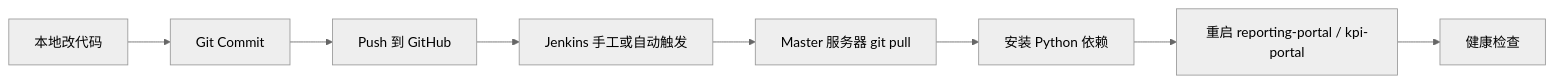
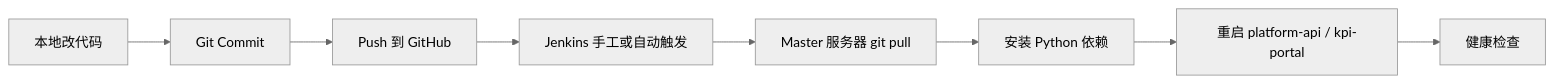
The second of 3 diagrams in docs/new_jekins_lightweight_fixed.md (stella555359/jenkins_robotframework), drawn with Mermaid (neutral theme) before and after one commit. The commit also changed other lines of this file and 8 other files, not shown here.

Commit message:
rename reporting portal to flatform-api

````diff
--- a/docs/new_jekins_lightweight_fixed.md
+++ b/docs/new_jekins_lightweight_fixed.md
@@ -99,10 +99,10 @@
 ```mermaid
 flowchart LR
     A[本地改代码] --> B[Git Commit]
     B --> C[Push 到 GitHub]
     C --> D[Jenkins 手工或自动触发]
     D --> E[Master 服务器 git pull]
     E --> F[安装 Python 依赖]
-    F --> G[重启 reporting-portal / kpi-portal]
+    F --> G[重启 platform-api / kpi-portal]
     G --> H[健康检查]
 ```
````
